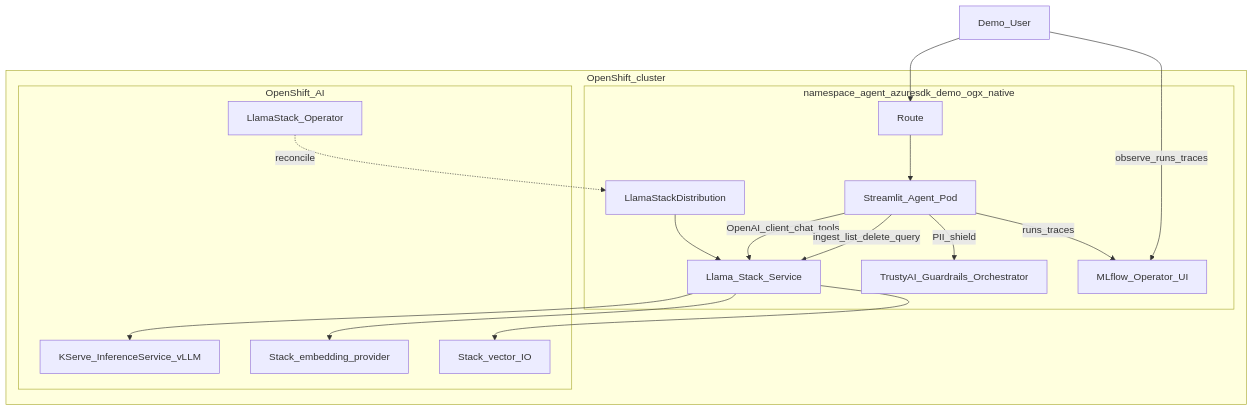
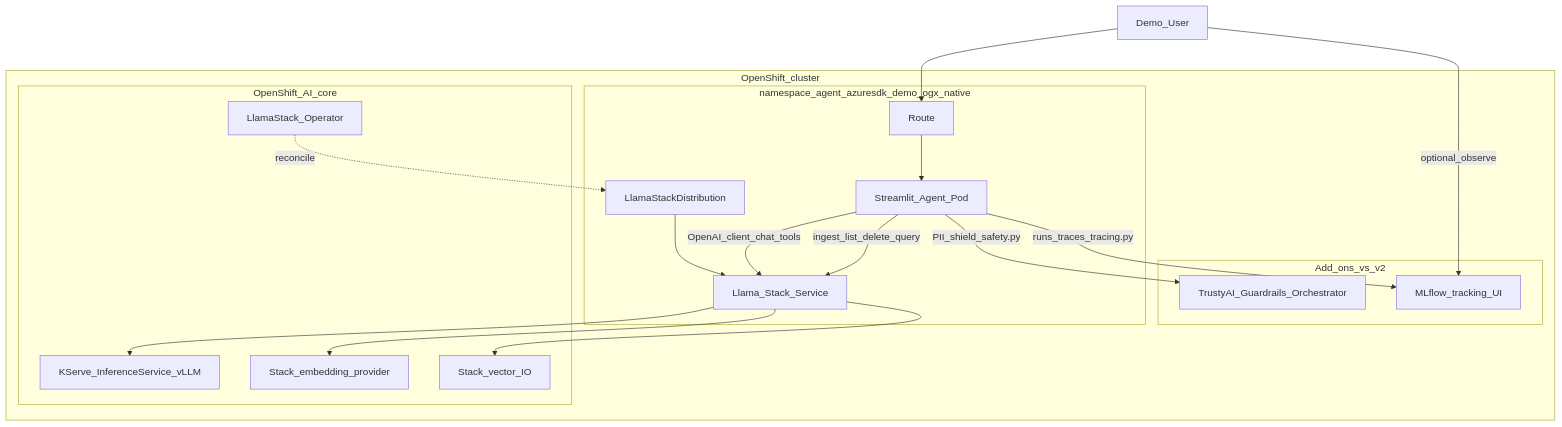
One commit to maschind/agent-azuresdk-demo changed the sixth of 7 diagrams in docs/SPEC.md. Above: the diagram before and after it, drawn with Mermaid. The commit also changed other lines of this file and 3 other files, not shown here.

Commit message:
Sync shared docs: v3 core vs TrustyAI/MLflow add-ons.

````diff
--- a/docs/SPEC.md
+++ b/docs/SPEC.md
@@ -238,32 +240,34 @@
 ```mermaid
 flowchart TB
   User[Demo_User]
   subgraph ocp [OpenShift_cluster]
     subgraph ns [namespace_agent_azuresdk_demo_ogx_native]
       Route[Route]
       UI[Streamlit_Agent_Pod]
       LSD[LlamaStackDistribution]
       StackSvc[Llama_Stack_Service]
       Route --> UI
       UI -->|"OpenAI_client_chat_tools"| StackSvc
       UI -->|"ingest_list_delete_query"| StackSvc
-      UI -->|"PII_shield"| Trusty
-      UI -->|"runs_traces"| MLflow
       LSD --> StackSvc
     end
-    subgraph rhoai [OpenShift_AI]
+    subgraph rhoai_core [OpenShift_AI_core]
       LSO[LlamaStack_Operator]
       LSO -.->|reconcile| LSD
       KServe[KServe_InferenceService_vLLM]
       Emb[Stack_embedding_provider]
       Vec[Stack_vector_IO]
-      Trusty[TrustyAI_Guardrails_Orchestrator]
-      MLflow[MLflow_Operator_UI]
       StackSvc --> KServe
       StackSvc --> Emb
       StackSvc --> Vec
     end
+    subgraph rhoai_addons [Add_ons_vs_v2]
+      Trusty[TrustyAI_Guardrails_Orchestrator]
+      MLflow[MLflow_tracking_UI]
+      UI -->|"PII_shield_safety.py"| Trusty
+      UI -->|"runs_traces_tracing.py"| MLflow
+    end
   end
   User --> Route
-  User -->|"observe_runs_traces"| MLflow
+  User -->|"optional_observe"| MLflow
 ```
````
